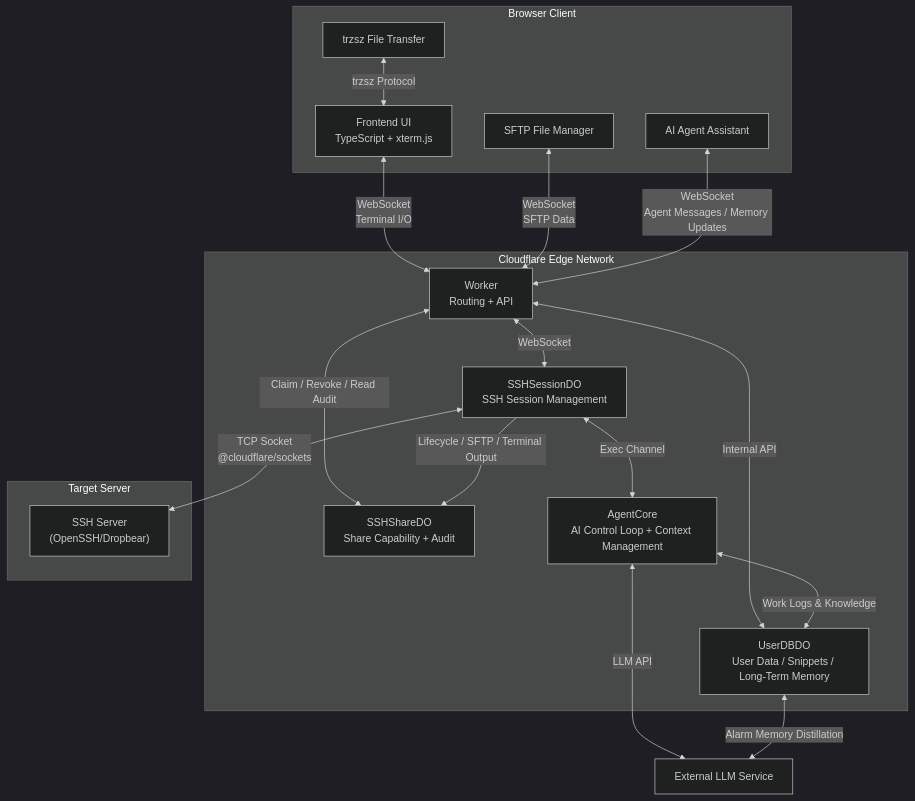
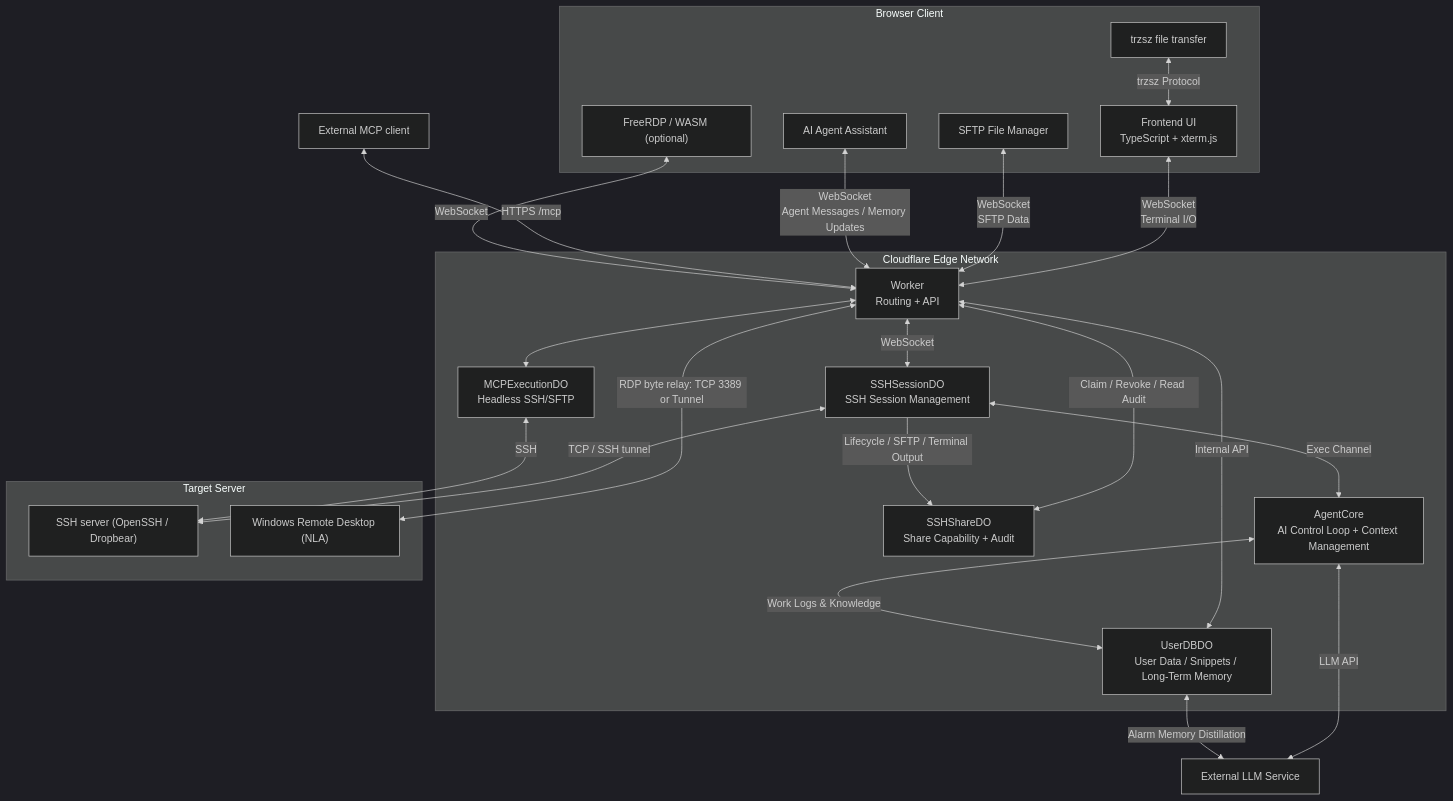
One commit to newbietan/CloudSSH changed the diagram in README_en.md. Above: the diagram before and after it, drawn with Mermaid (dark theme). The commit also changed other lines of this file and 93 other files, not shown here.

````diff
--- a/README_en.md
+++ b/README_en.md
@@ -151,35 +152,43 @@
 ```mermaid
 flowchart TB
     subgraph "Browser Client"
         UI["Frontend UI<br/>TypeScript + xterm.js"]
         SFTP["SFTP File Manager"]
         Agent["AI Agent Assistant"]
-        Trzsz["trzsz File Transfer"]
+        Trzsz["trzsz file transfer"]
+        RDP["FreeRDP / WASM (optional)"]
     end
 
     subgraph "Cloudflare Edge Network"
         Worker["Worker<br/>Routing + API"]
         SSH_DO["SSHSessionDO<br/>SSH Session Management"]
         User_DO["UserDBDO<br/>User Data / Snippets / Long-Term Memory"]
         Share_DO["SSHShareDO<br/>Share Capability + Audit"]
+        MCP_DO["MCPExecutionDO<br/>Headless SSH/SFTP"]
         AgentCore["AgentCore<br/>AI Control Loop + Context Management"]
     end
 
     subgraph "Target Server"
-        SSH["SSH Server<br/>(OpenSSH/Dropbear)"]
+        SSH["SSH server (OpenSSH / Dropbear)"]
+        Windows["Windows Remote Desktop (NLA)"]
     end
 
     UI <-->|"WebSocket<br/>Terminal I/O"| Worker
     SFTP <-->|"WebSocket<br/>SFTP Data"| Worker
     Agent <-->|"WebSocket<br/>Agent Messages / Memory Updates"| Worker
     Trzsz <-->|"trzsz Protocol"| UI
     Worker <-->|"WebSocket"| SSH_DO
     Worker <-->|"Internal API"| User_DO
     Worker <-->|"Claim / Revoke / Read Audit"| Share_DO
     SSH_DO -->|"Lifecycle / SFTP / Terminal Output"| Share_DO
-    SSH_DO <-->|"TCP Socket<br/>@cloudflare/sockets"| SSH
+    SSH_DO <-->|"TCP / SSH tunnel"| SSH
+    Client["External MCP client"] <-->|"HTTPS /mcp"| Worker
+    Worker <--> MCP_DO
+    MCP_DO <-->|"SSH"| SSH
+    RDP <-->|"WebSocket"| Worker
+    Worker <-->|"RDP byte relay: TCP 3389 or Tunnel"| Windows
     SSH_DO <-->|"Exec Channel"| AgentCore
     AgentCore <-->|"Work Logs & Knowledge"| User_DO
     AgentCore <-->|"LLM API"| External["External LLM Service"]
     User_DO <-->|"Alarm Memory Distillation"| External
 ```
````
